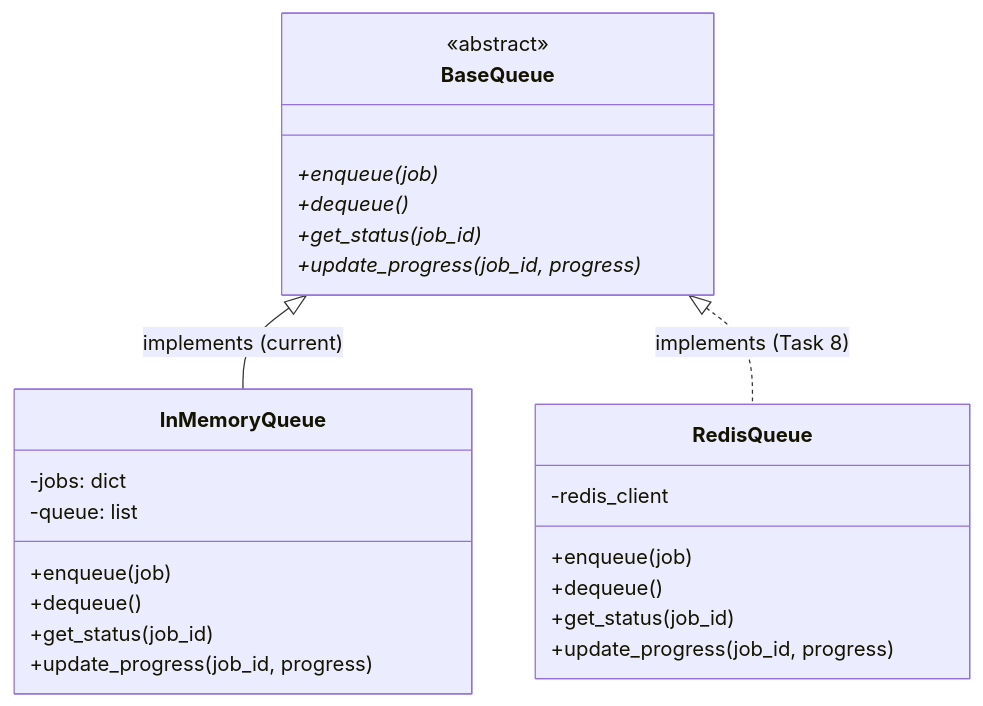
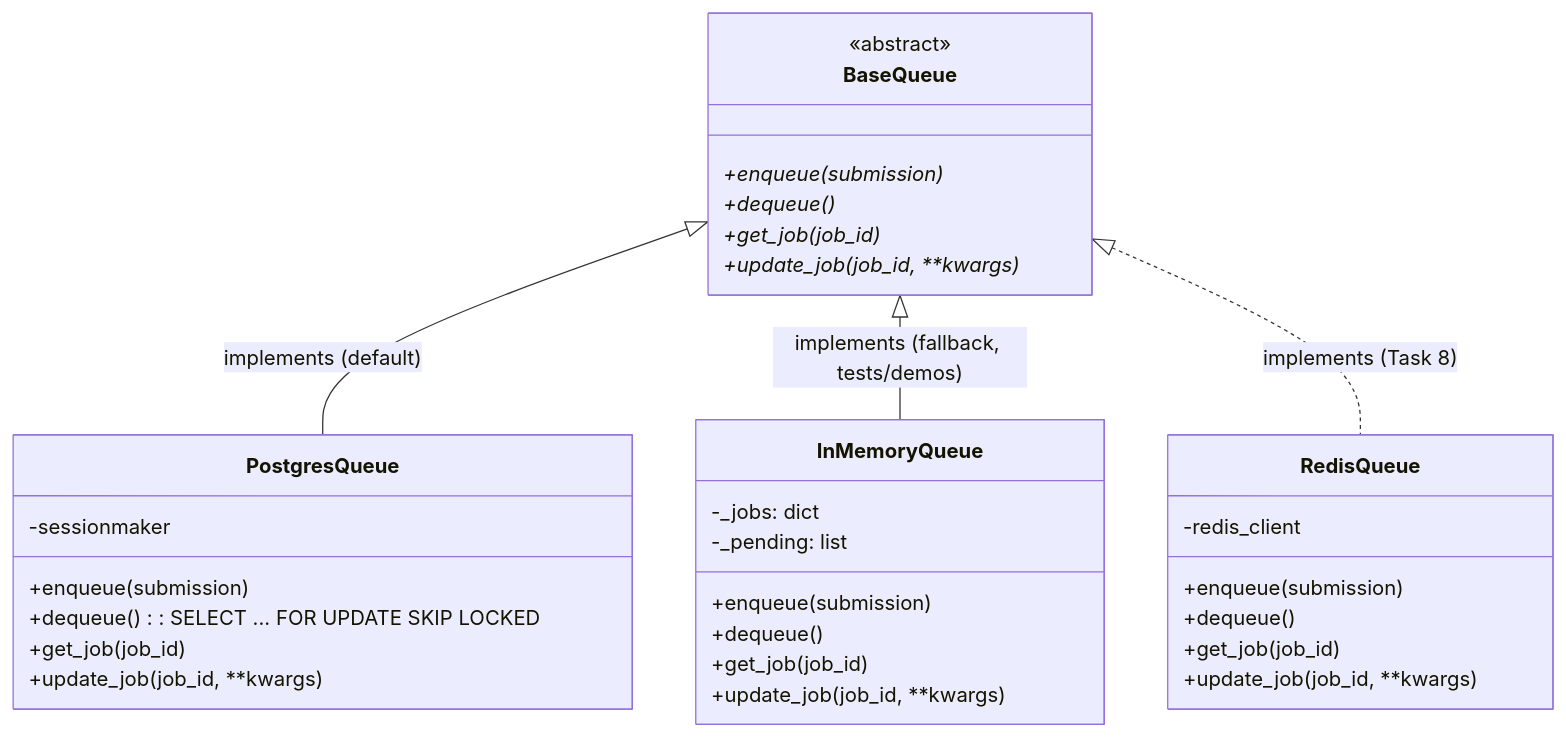
The diagram in architecture/design-decisions.md (myckhel/prodigon), drawn with Mermaid before and after one commit. The commit also changed other lines of this file and 8 other files, not shown here.

Commit message:
prodigon V1: update architecture refs

````diff
--- a/architecture/design-decisions.md
+++ b/architecture/design-decisions.md
@@ -73,27 +77,35 @@
 ```mermaid
 classDiagram
     class BaseQueue {
         <<abstract>>
-        +enqueue(job)*
+        +enqueue(submission)*
         +dequeue()*
-        +get_status(job_id)*
-        +update_progress(job_id, progress)*
+        +get_job(job_id)*
+        +update_job(job_id, **kwargs)*
+    }
+    class PostgresQueue {
+        -sessionmaker
+        +enqueue(submission)
+        +dequeue()  : SELECT ... FOR UPDATE SKIP LOCKED
+        +get_job(job_id)
+        +update_job(job_id, **kwargs)
     }
     class InMemoryQueue {
-        -jobs: dict
-        -queue: list
-        +enqueue(job)
+        -_jobs: dict
+        -_pending: list
+        +enqueue(submission)
         +dequeue()
-        +get_status(job_id)
-        +update_progress(job_id, progress)
+        +get_job(job_id)
+        +update_job(job_id, **kwargs)
     }
     class RedisQueue {
         -redis_client
-        +enqueue(job)
+        +enqueue(submission)
         +dequeue()
-        +get_status(job_id)
-        +update_progress(job_id, progress)
+        +get_job(job_id)
+        +update_job(job_id, **kwargs)
     }
-    BaseQueue <|-- InMemoryQueue : implements (current)
+    BaseQueue <|-- PostgresQueue : implements (default)
+    BaseQueue <|-- InMemoryQueue : implements (fallback, tests/demos)
     BaseQueue <|.. RedisQueue : implements (Task 8)
 ```
````
